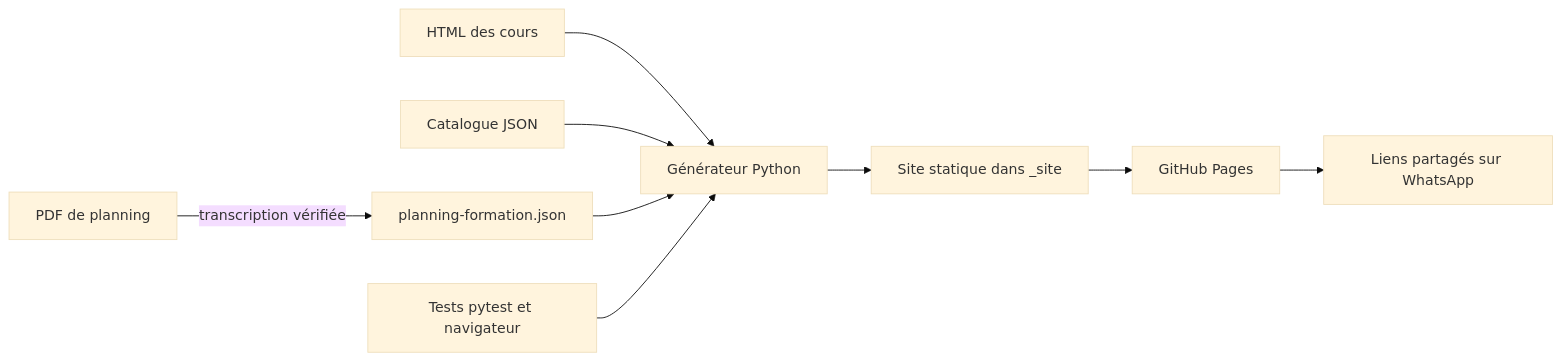
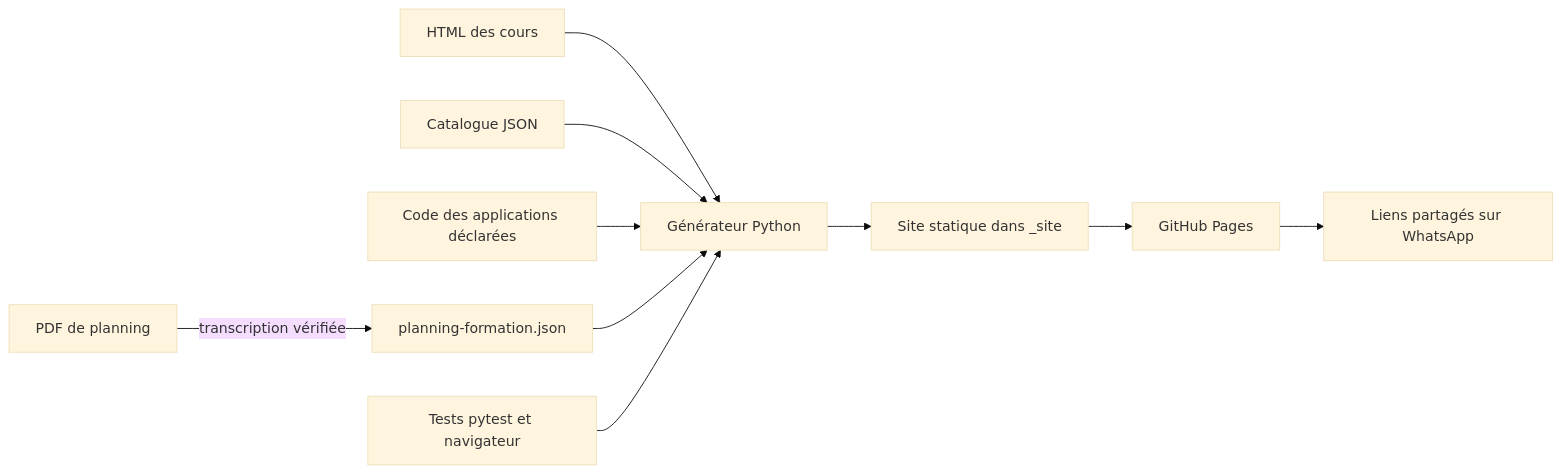
The diagram in docs/ARCHITECTURE.md (Pemcode/PolyWE), drawn with Mermaid (base theme) before and after one commit. The commit also changed other lines of this file and 48 other files, not shown here.

````diff
--- a/docs/ARCHITECTURE.md
+++ b/docs/ARCHITECTURE.md
@@ -11,11 +11,12 @@
 ```mermaid
 flowchart LR
   A[HTML des cours] --> C[Générateur Python]
   B[Catalogue JSON] --> C
+  G[Code des applications déclarées] --> C
   P[PDF de planning] -->|transcription vérifiée| J[planning-formation.json]
   J --> C
   C --> D[Site statique dans _site]
   D --> E[GitHub Pages]
   E --> F[Liens partagés sur WhatsApp]
   T[Tests pytest et navigateur] --> C
 ```
````
